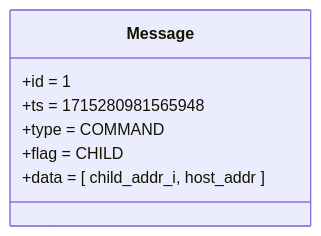
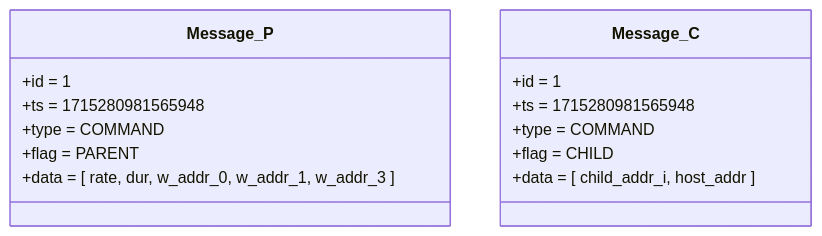
The fourth of 6 diagrams in docs/slidev/slides/Workflow-2.1.md (duclos-cavalcanti/TreeBuilder), drawn with Mermaid before and after one commit. The commit also changed other lines of this file and 11 other files, not shown here.

````diff
--- a/docs/slidev/slides/Workflow-2.1.md
+++ b/docs/slidev/slides/Workflow-2.1.md
@@ -132,11 +120,20 @@
 ```mermaid
 classDiagram
-    class Message{
+    class Message_P{
+            +id   = 1
+            +ts   = 1715280981565948
+            +type = COMMAND
+            +flag = PARENT
+            +data = [ rate, dur, w_addr_0, w_addr_1, w_addr_3 ]
+    }
+
+    class Message_C{
             +id   = 1
             +ts   = 1715280981565948
             +type = COMMAND
             +flag = CHILD
             +data = [ child_addr_i, host_addr ]
     }
+
     %% style Message fill:#0070C0,color:#fff
 ```
````
